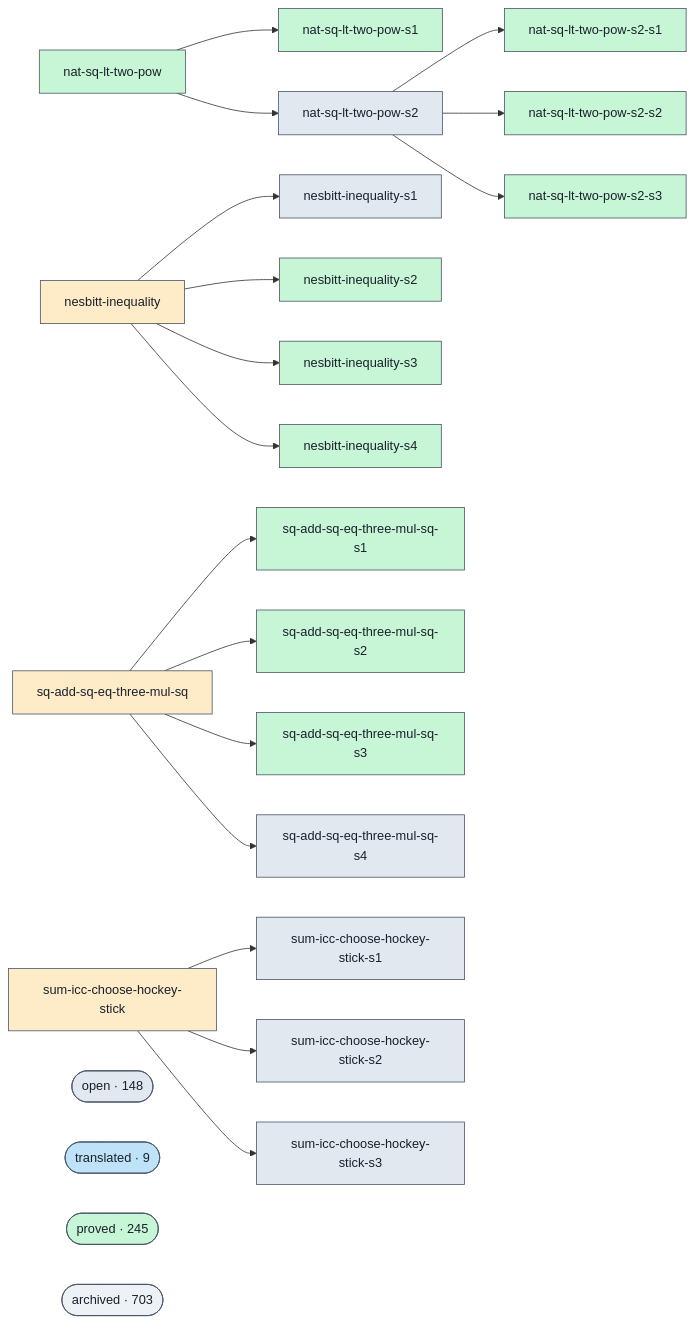
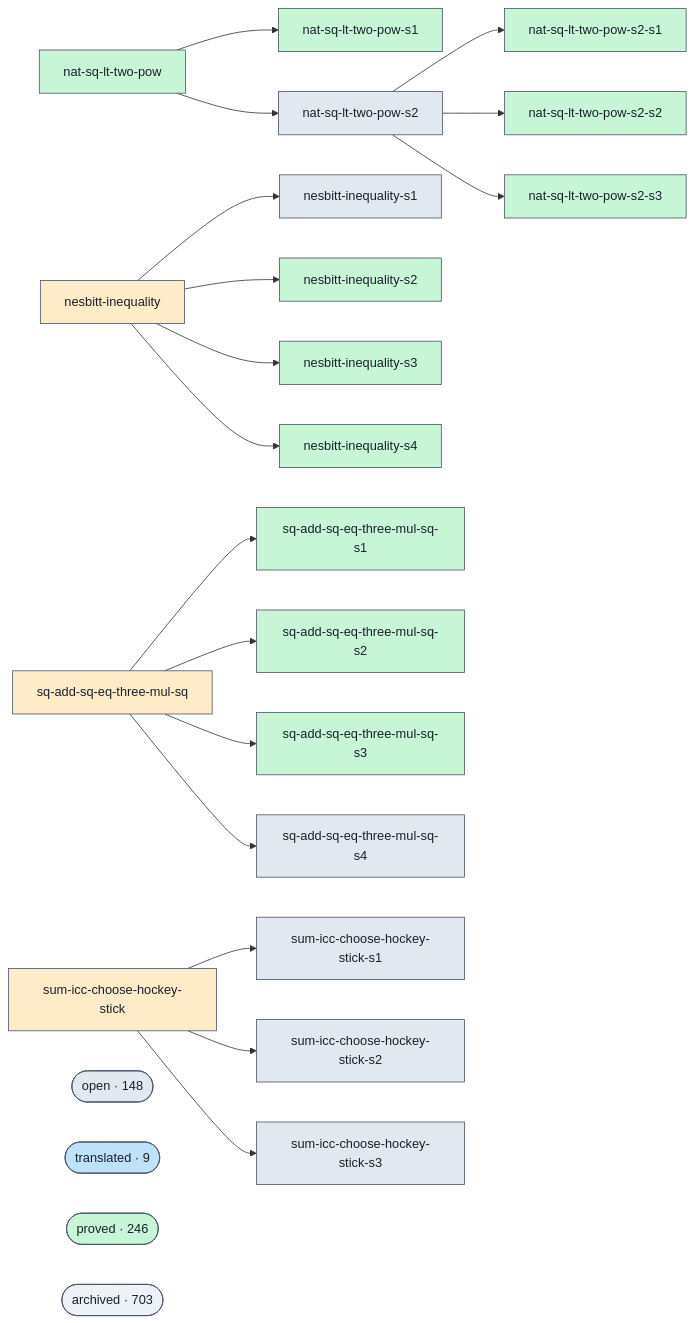
One commit to ohdearquant/unsorry changed the diagram in docs/proofs-contributors-visualisation.md. Above: the diagram before and after it, drawn with Mermaid. The commit also changed other lines of this file and 2 other files, not shown here.

```diff
--- a/docs/proofs-contributors-visualisation.md
+++ b/docs/proofs-contributors-visualisation.md
@@ -102,7 +102,7 @@
   class cluster_open open;
   cluster_translated(["translated · 9"])
   class cluster_translated translated;
-  cluster_proved(["proved · 245"])
+  cluster_proved(["proved · 246"])
   class cluster_proved proved;
   cluster_archived(["archived · 703"])
   class cluster_archived unknown;
```
